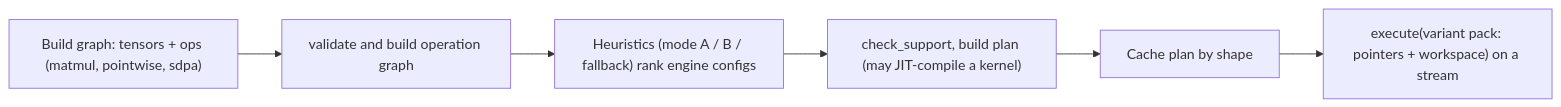
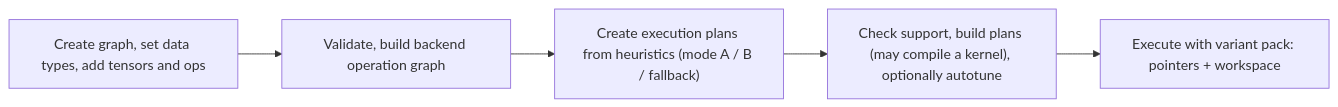
Before and after one commit to ImRuliad/Library-of-Alexandria: the second of 2 diagrams in GPU Programming/Libraries/cuBLAS and cuDNN/cuBLAS and cuDNN.md, drawn with Mermaid. The commit also changed other lines of this file, not shown here.

First line of the commit message:
cuBLAS and cuDNN: fact-check pass (status: complete)

````diff
--- a/GPU Programming/Libraries/cuBLAS and cuDNN/cuBLAS and cuDNN.md
+++ b/GPU Programming/Libraries/cuBLAS and cuDNN/cuBLAS and cuDNN.md
@@ -275,8 +286,7 @@
 ```mermaid
 flowchart LR
-    A["Build graph: tensors + ops (matmul, pointwise, sdpa)"] --> B["validate and build operation graph"]
-    B --> C["Heuristics (mode A / B / fallback) rank engine configs"]
-    C --> D["check_support, build plan (may JIT-compile a kernel)"]
-    D --> E["Cache plan by shape"]
-    E --> F["execute(variant pack: pointers + workspace) on a stream"]
+    A["Create graph, set data types, add tensors and ops"] --> B["Validate, build backend operation graph"]
+    B --> C["Create execution plans from heuristics (mode A / B / fallback)"]
+    C --> D["Check support, build plans (may compile a kernel), optionally autotune"]
+    D --> F["Execute with variant pack: pointers + workspace"]
 ```
````
